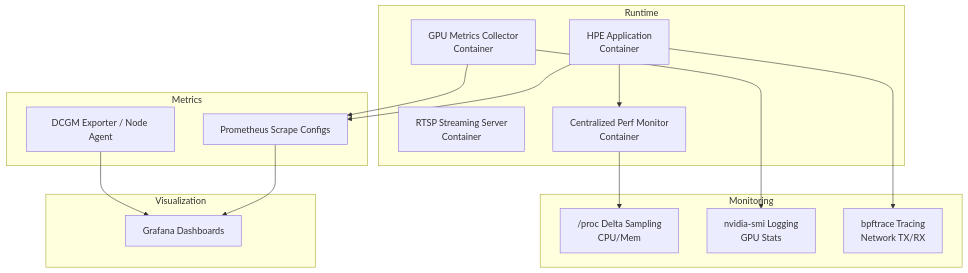
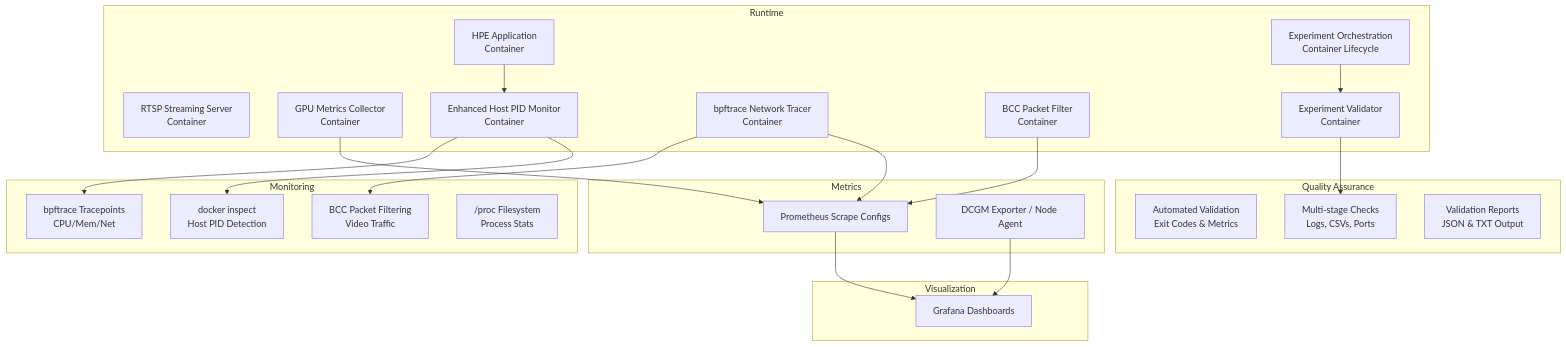
The first of 14 diagrams in .qoder/repowiki/en/content/Monitoring and Analytics/Performance Monitoring.md (Fogus-Gr/MeasurementsDTs), drawn with Mermaid before and after one commit. The commit also changed other lines of this file and 11 other files, not shown here.

````diff
--- a/.qoder/repowiki/en/content/Monitoring and Analytics/Performance Monitoring.md
+++ b/.qoder/repowiki/en/content/Monitoring and Analytics/Performance Monitoring.md
@@ -53,29 +62,43 @@
 ```mermaid
 graph TB
 subgraph "Runtime"
 HPE["HPE Application<br/>Container"]
 Streamer["RTSP Streaming Server<br/>Container"]
 GPU["GPU Metrics Collector<br/>Container"]
-SharedPerf["Centralized Perf Monitor<br/>Container"]
+HostMonitor["Enhanced Host PID Monitor<br/>Container"]
+BPFTracer["bpftrace Network Tracer<br/>Container"]
+BCCTracer["BCC Packet Filter<br/>Container"]
+Validator["Experiment Validator<br/>Container"]
+EndToEnd["End-to-End Experiment<br/>Orchestrator"]
 end
 subgraph "Monitoring"
-ProcDelta["/proc Delta Sampling<br/>CPU/Mem"]
-NSMI["nvidia-smi Logging<br/>GPU Stats"]
-BPF["bpftrace Tracing<br/>Network TX/RX"]
+BPFTrace["bpftrace Tracepoints<br/>CPU/Mem/Net"]
+DockerInspect["docker inspect<br/>Host PID Detection"]
+BCCFilter["BCC Packet Filtering<br/>Video Traffic"]
+ProcFS["/proc Filesystem<br/>Process Stats"]
+EndToEnd["Experiment Orchestration<br/>Container Lifecycle"]
+end
+subgraph "Quality Assurance"
+Validation["Automated Validation<br/>Exit Codes & Metrics"]
+Checks["Multi-stage Checks<br/>Logs, CSVs, Ports"]
+Reports["Validation Reports<br/>JSON & TXT Output"]
 end
 subgraph "Metrics"
 Prom["Prometheus Scrape Configs"]
 Exp["DCGM Exporter / Node Agent"]
 end
 subgraph "Visualization"
 Graf["Grafana Dashboards"]
 end
-HPE --> SharedPerf
-GPU --> NSMI
-SharedPerf --> ProcDelta
-HPE --> BPF
-HPE --> Prom
+HPE --> HostMonitor
 GPU --> Prom
+HostMonitor --> BPFTrace
+HostMonitor --> DockerInspect
+BPFTracer --> BCCFilter
+BPFTracer --> Prom
+BCCTracer --> Prom
+Validator --> Checks
+EndToEnd --> Validator
 Prom --> Graf
 Exp --> Graf
 ```
````
